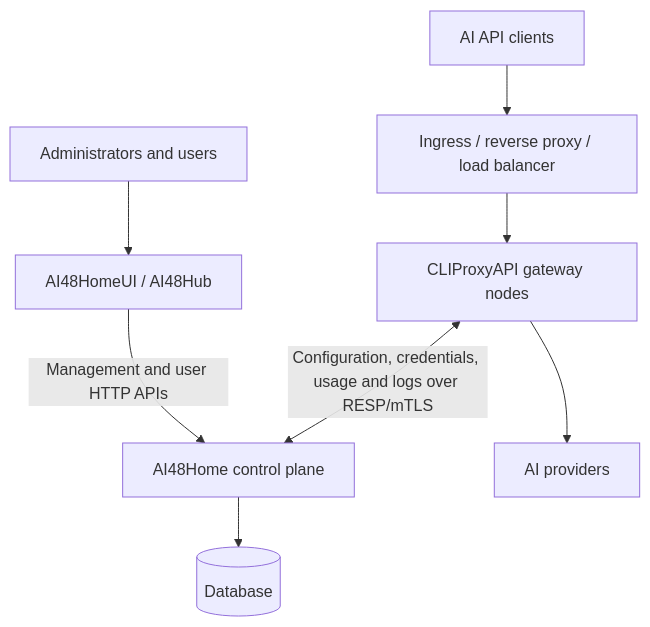
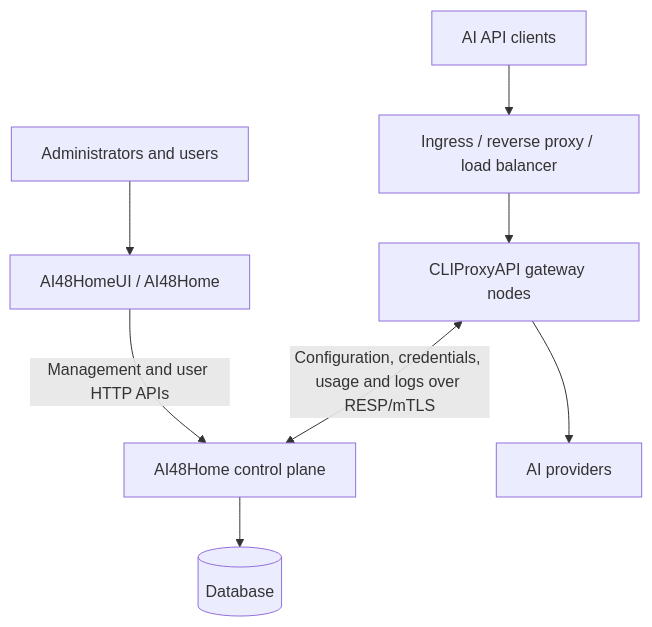
Before and after one commit to sofyan48/AI48HomeUI: the diagram in README.md, drawn with Mermaid. The commit also changed other lines of this file, not shown here.

Commit message:
Rename AI48Hub branding to AI48Home in README

````diff
--- a/README.md
+++ b/README.md
@@ -17,10 +17,10 @@
 ```mermaid
 flowchart TD
-    Admin[Administrators and users] --> UI[AI48HomeUI / AI48Hub]
+    Admin[Administrators and users] --> UI[AI48HomeUI / AI48Home]
     UI -->|Management and user HTTP APIs| Home[AI48Home control plane]
     Home --> DB[(Database)]
     Gateways[CLIProxyAPI gateway nodes] <-->|Configuration, credentials, usage and logs over RESP/mTLS| Home
     Clients[AI API clients] --> LB[Ingress / reverse proxy / load balancer]
     LB --> Gateways
     Gateways --> Providers[AI providers]
 ```
````
